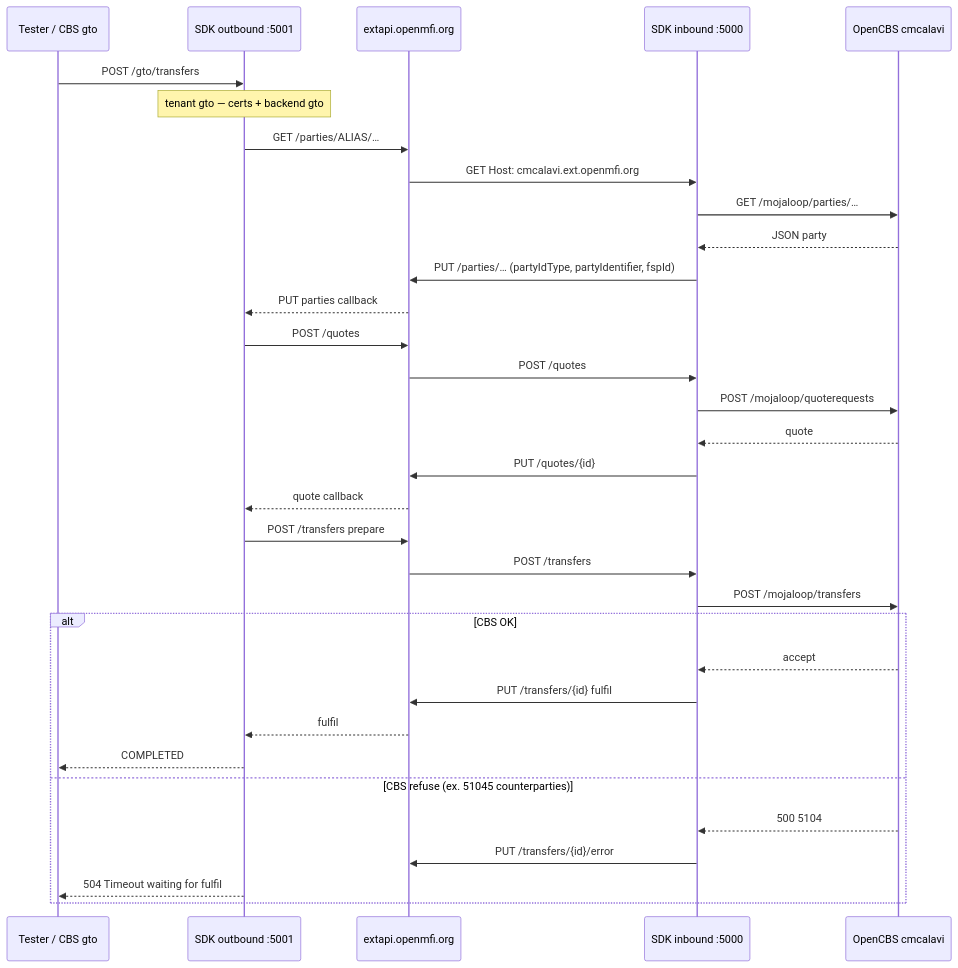
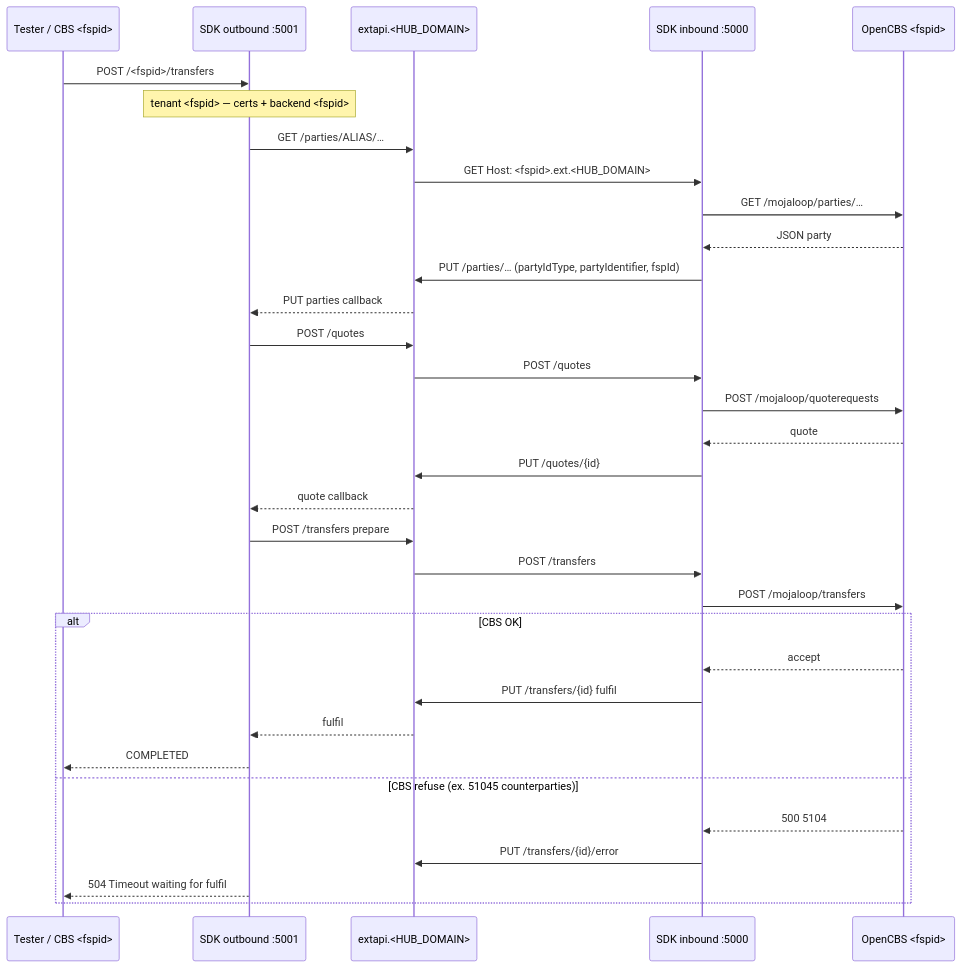
Before and after one commit to Rush95-kwagu/sdk-scheme-adapter-multi-tenant: the fifth of 6 diagrams in TECHNICAL.md, drawn with Mermaid. The commit also changed other lines of this file and 10 other files, not shown here.

````diff
--- a/TECHNICAL.md
+++ b/TECHNICAL.md
@@ -225,36 +225,36 @@
 ```mermaid
 sequenceDiagram
-  participant CBS as Tester / CBS gto
+  participant CBS as Tester / CBS <fspid>
   participant Out as SDK outbound :5001
-  participant Hub as extapi.openmfi.org
+  participant Hub as extapi.<HUB_DOMAIN>
   participant In as SDK inbound :5000
-  participant Payee as OpenCBS cmcalavi
+  participant Payee as OpenCBS <fspid>
 
-  CBS->>Out: POST /gto/transfers
-  Note over Out: tenant gto — certs + backend gto
+  CBS->>Out: POST /<fspid>/transfers
+  Note over Out: tenant <fspid> — certs + backend <fspid>
   Out->>Hub: GET /parties/ALIAS/…
-  Hub->>In: GET Host: cmcalavi.ext.openmfi.org
+  Hub->>In: GET Host: <fspid>.ext.<HUB_DOMAIN>
   In->>Payee: GET /mojaloop/parties/…
   Payee-->>In: JSON party
   In->>Hub: PUT /parties/… (partyIdType, partyIdentifier, fspId)
   Hub-->>Out: PUT parties callback
   Out->>Hub: POST /quotes
   Hub->>In: POST /quotes
   In->>Payee: POST /mojaloop/quoterequests
   Payee-->>In: quote
   In->>Hub: PUT /quotes/{id}
   Hub-->>Out: quote callback
   Out->>Hub: POST /transfers prepare
   Hub->>In: POST /transfers
   In->>Payee: POST /mojaloop/transfers
   alt CBS OK
     Payee-->>In: accept
     In->>Hub: PUT /transfers/{id} fulfil
     Hub-->>Out: fulfil
     Out-->>CBS: COMPLETED
   else CBS refuse (ex. 51045 counterparties)
     Payee-->>In: 500 5104
     In->>Hub: PUT /transfers/{id}/error
     Out-->>CBS: 504 Timeout waiting for fulfil
   end
 ```
````
